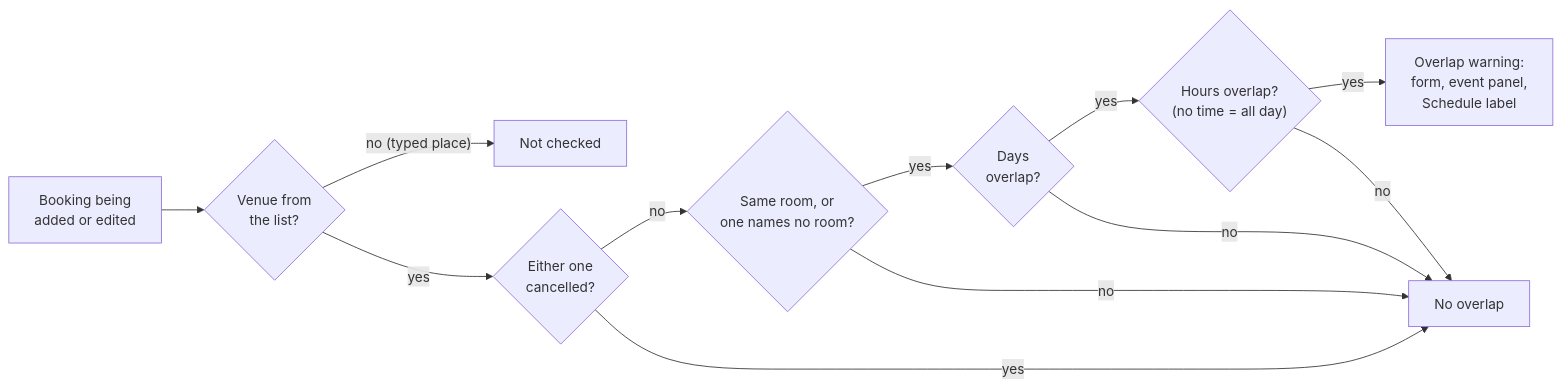
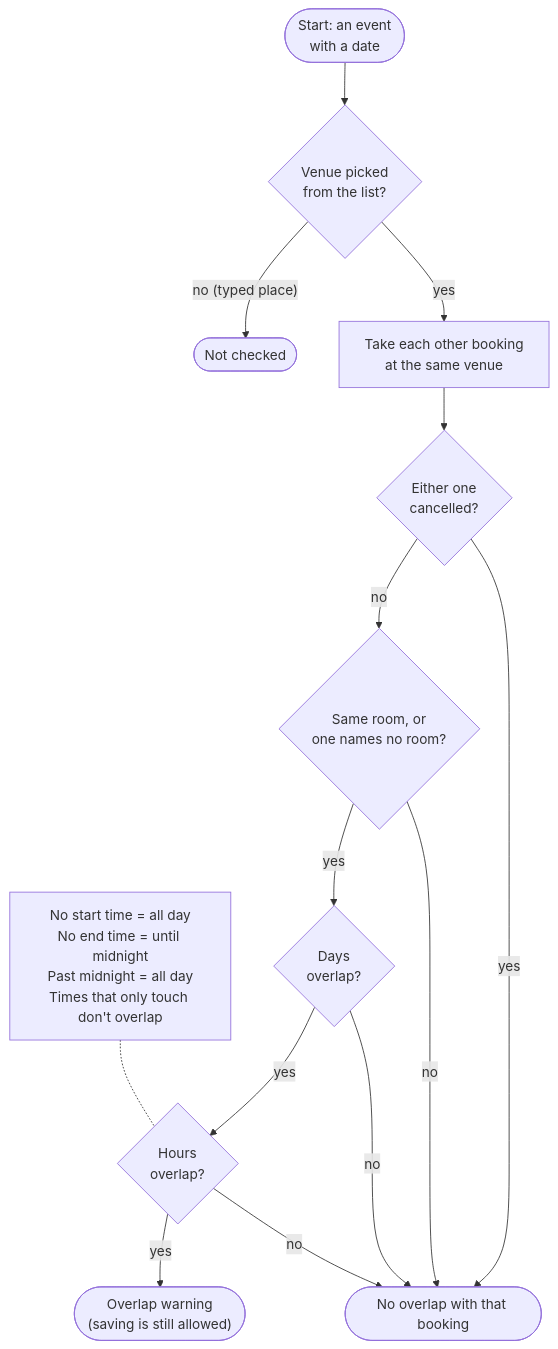
Before and after one commit to XyroneKyleYlanan/EMO-Tracker: the fifth of 6 diagrams in docs/paper/CAPSTONE_PAPER_REFERENCE.md, drawn with Mermaid. The commit also changed other lines of this file and 54 other files, not shown here.

Commit message:
Review Chapter 3 diagrams and appendix screenshots: redraw diagrams, retake screenshots in role folders, add descriptions

````diff
--- a/docs/paper/CAPSTONE_PAPER_REFERENCE.md
+++ b/docs/paper/CAPSTONE_PAPER_REFERENCE.md
@@ -746,14 +751,16 @@
 ```mermaid
-flowchart LR
-    A["Booking being<br/>added or edited"] --> B{"Venue from<br/>the list?"}
-    B -- "no (typed place)" --> N1["Not checked"]
-    B -- yes --> C{"Either one<br/>cancelled?"}
-    C -- no --> D{"Same room, or<br/>one names no room?"}
-    D -- yes --> E{"Days<br/>overlap?"}
-    E -- yes --> F{"Hours overlap?<br/>(no time = all day)"}
-    F -- yes --> W["Overlap warning:<br/>form, event panel,<br/>Schedule label"]
-    C -- yes --> N2["No overlap"]
-    D -- no --> N2
+flowchart TD
+    A(["Start: an event<br/>with a date"]) --> B{"Venue picked<br/>from the list?"}
+    B -- "no (typed place)" --> N1(["Not checked"])
+    B -- yes --> C["Take each other booking<br/>at the same venue"]
+    C --> D{"Either one<br/>cancelled?"}
+    D -- no --> E{"Same room, or<br/>one names no room?"}
+    E -- yes --> F{"Days<br/>overlap?"}
+    F -- yes --> G{"Hours<br/>overlap?"}
+    G -- yes --> W(["Overlap warning<br/>(saving is still allowed)"])
+    D -- yes --> N2(["No overlap with that booking"])
     E -- no --> N2
     F -- no --> N2
+    G -- no --> N2
+    HC["No start time = all day<br/>No end time = until midnight<br/>Past midnight = all day<br/>Times that only touch don't overlap"] -.- G
 ```
````
